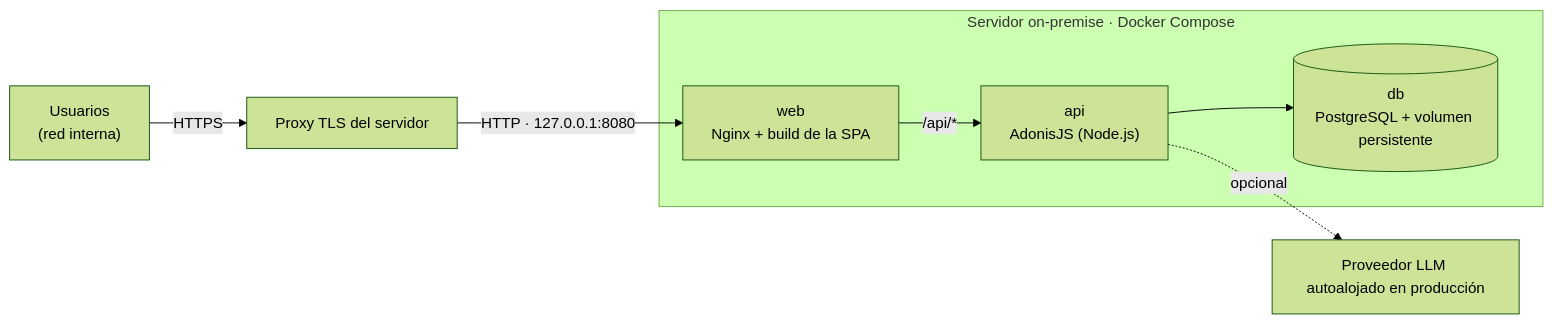
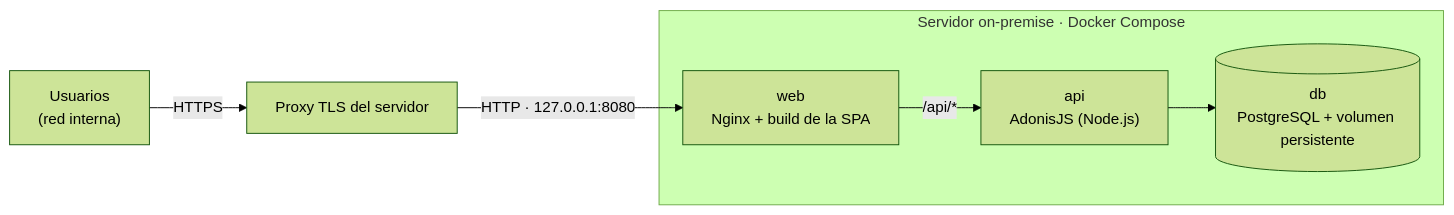
Diagram 11 of 11 in ARQUITECTURA.md (pedrolaralara/AI4Devs-finalproject), drawn with Mermaid (forest theme) before and after one commit. The commit also changed other lines of this file and 26 other files, not shown here.

````diff
--- a/ARQUITECTURA.md
+++ b/ARQUITECTURA.md
@@ -427,13 +409,12 @@
 ```mermaid
 flowchart LR
     User["Usuarios<br/>(red interna)"] -- HTTPS --> TLS["Proxy TLS del servidor"]
     TLS -- "HTTP · 127.0.0.1:8080" --> Nginx
     subgraph Host["Servidor on-premise · Docker Compose"]
         Nginx["web<br/>Nginx + build de la SPA"]
         Api["api<br/>AdonisJS (Node.js)"]
         Pg[("db<br/>PostgreSQL + volumen persistente")]
         Nginx -- "/api/*" --> Api
         Api --> Pg
     end
-    Api -. "opcional" .-> LLM["Proveedor LLM autoalojado en producción"]
 ```
````
